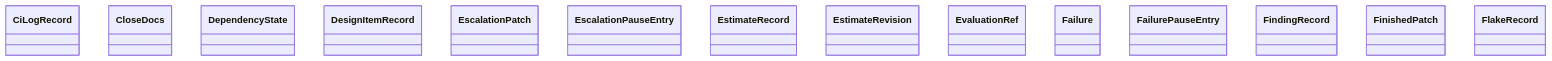
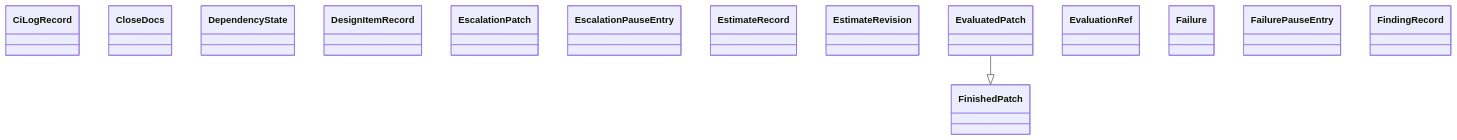
Before and after one commit to GonzaloZevallos/agentic-system: the diagram in docs/architecture/generated/classes-process-domain-state-3.md, drawn with Mermaid. The commit also changed 5 other files, not shown here.

Commit message:
Type the evaluated node's patch and put evaluated.py under mypy

````diff
--- a/docs/architecture/generated/classes-process-domain-state-3.md
+++ b/docs/architecture/generated/classes-process-domain-state-3.md
@@ -21,17 +21,18 @@
 ```mermaid
 classDiagram
     class task__CiLogRecord["CiLogRecord"]
     class task__CloseDocs["CloseDocs"]
     class task__DependencyState["DependencyState"]
     class task__DesignItemRecord["DesignItemRecord"]
     class task__EscalationPatch["EscalationPatch"]
     class task__EscalationPauseEntry["EscalationPauseEntry"]
     class task__EstimateRecord["EstimateRecord"]
     class task__EstimateRevision["EstimateRevision"]
+    class task__EvaluatedPatch["EvaluatedPatch"]
     class task__EvaluationRef["EvaluationRef"]
     class task__Failure["Failure"]
     class task__FailurePauseEntry["FailurePauseEntry"]
     class task__FindingRecord["FindingRecord"]
     class task__FinishedPatch["FinishedPatch"]
-    class task__FlakeRecord["FlakeRecord"]
+    task__EvaluatedPatch --|> task__FinishedPatch
 ```
````
